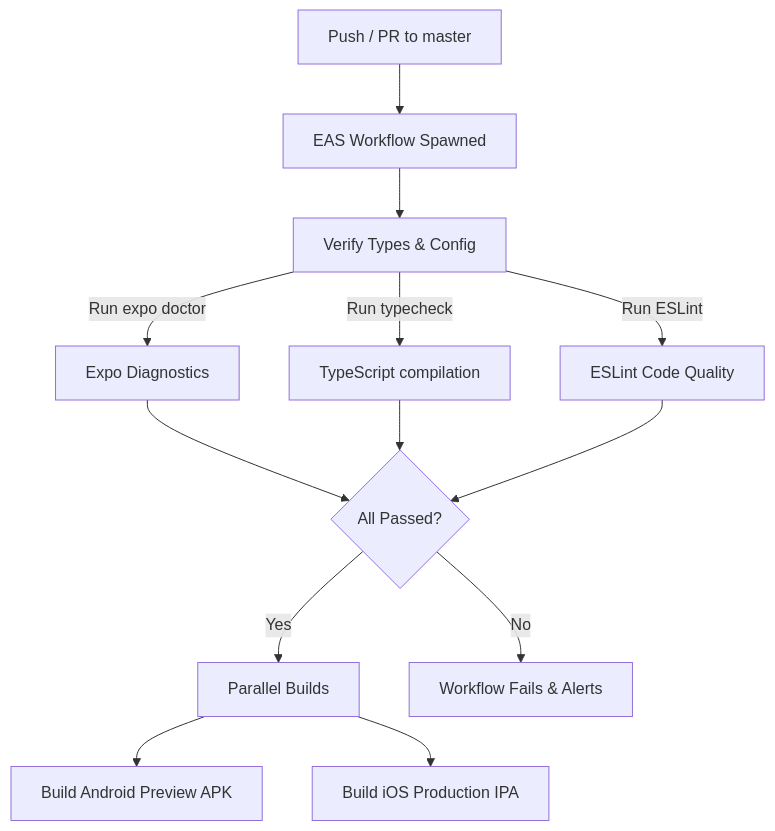
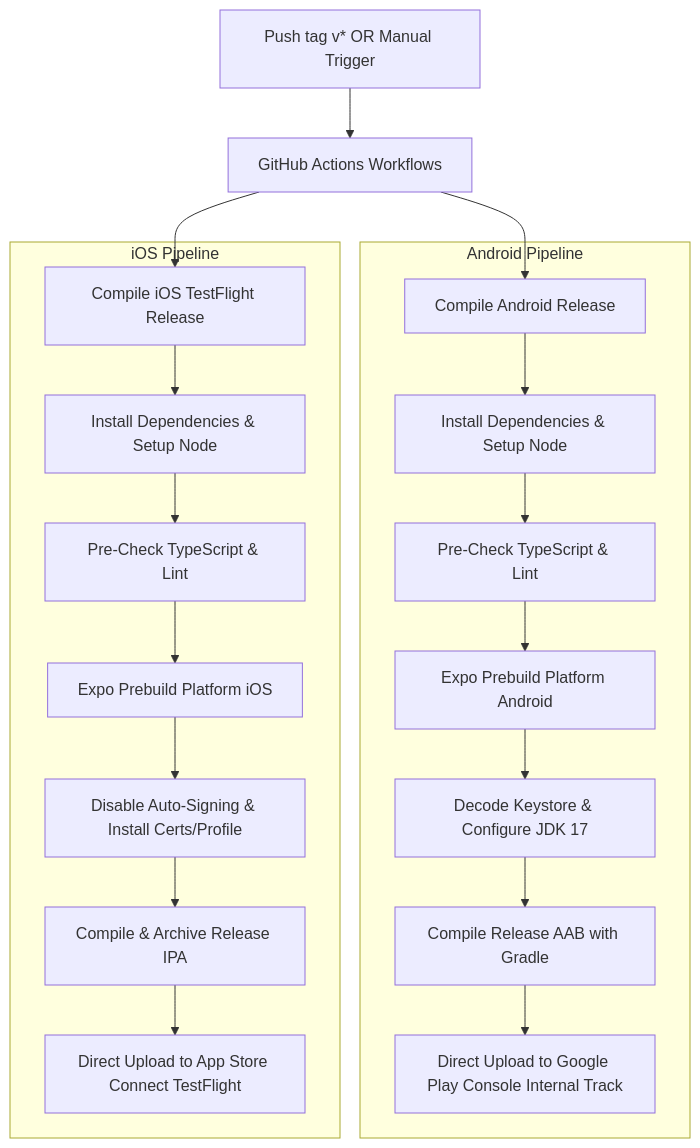
One commit to fkcurrie/wheres-my-family changed the diagram in README.md. Above: the diagram before and after it, drawn with Mermaid. The commit also changed other lines of this file, not shown here.

Commit message:
docs: update README to describe GitHub Actions pipelines instead of EAS

````diff
--- a/README.md
+++ b/README.md
@@ -61,16 +61,25 @@
 ```mermaid
 graph TD
-    A[Push / PR to master] --> B[EAS Workflow Spawned]
-    B --> C[Verify Types & Config]
-    C -->|Run expo doctor| D[Expo Diagnostics]
-    C -->|Run typecheck| E[TypeScript compilation]
-    C -->|Run ESLint| F[ESLint Code Quality]
-
-    D & E & F --> G{All Passed?}
-
-    G -->|Yes| H[Parallel Builds]
-    G -->|No| I[Workflow Fails & Alerts]
-
-    H --> J[Build Android Preview APK]
-    H --> K[Build iOS Production IPA]
+    A[Push tag v* OR Manual Trigger] --> B[GitHub Actions Workflows]
+    
+    B --> C[Compile Android Release]
+    B --> D[Compile iOS TestFlight Release]
+    
+    subgraph Android Pipeline
+        C --> C1[Install Dependencies & Setup Node]
+        C1 --> C2[Pre-Check TypeScript & Lint]
+        C2 --> C3[Expo Prebuild Platform Android]
+        C3 --> C4[Decode Keystore & Configure JDK 17]
+        C4 --> C5[Compile Release AAB with Gradle]
+        C5 --> C6[Direct Upload to Google Play Console Internal Track]
+    end
+    
+    subgraph iOS Pipeline
+        D --> D1[Install Dependencies & Setup Node]
+        D1 --> D2[Pre-Check TypeScript & Lint]
+        D2 --> D3[Expo Prebuild Platform iOS]
+        D3 --> D4[Disable Auto-Signing & Install Certs/Profile]
+        D4 --> D5[Compile & Archive Release IPA]
+        D5 --> D6[Direct Upload to App Store Connect TestFlight]
+    end
 ```
````
